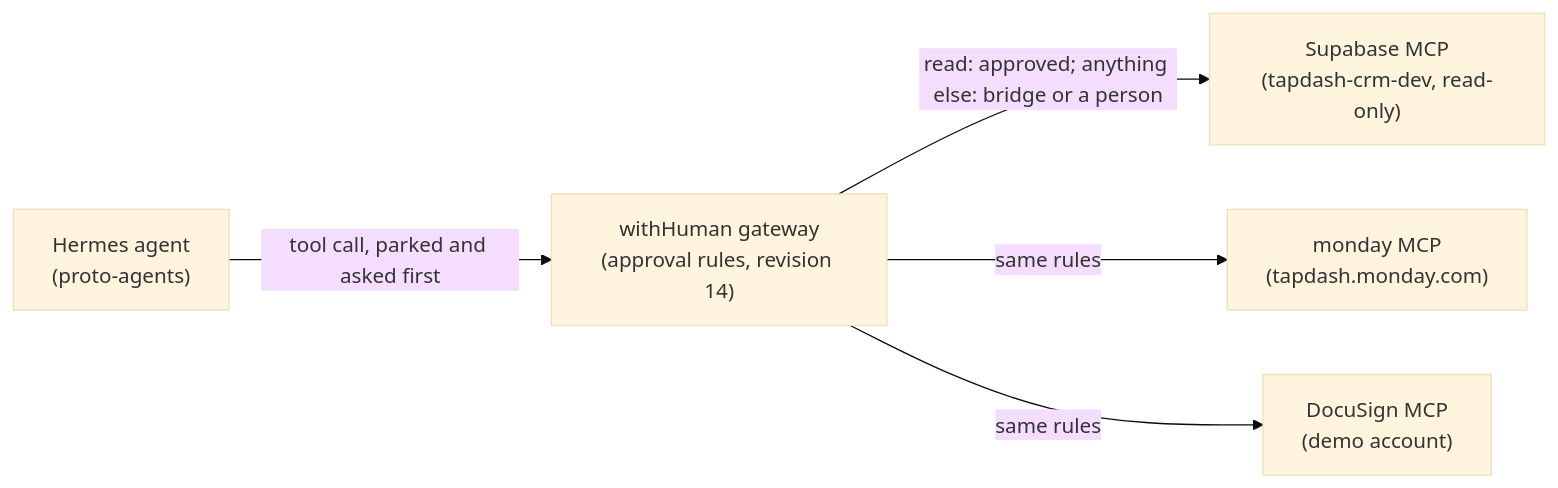
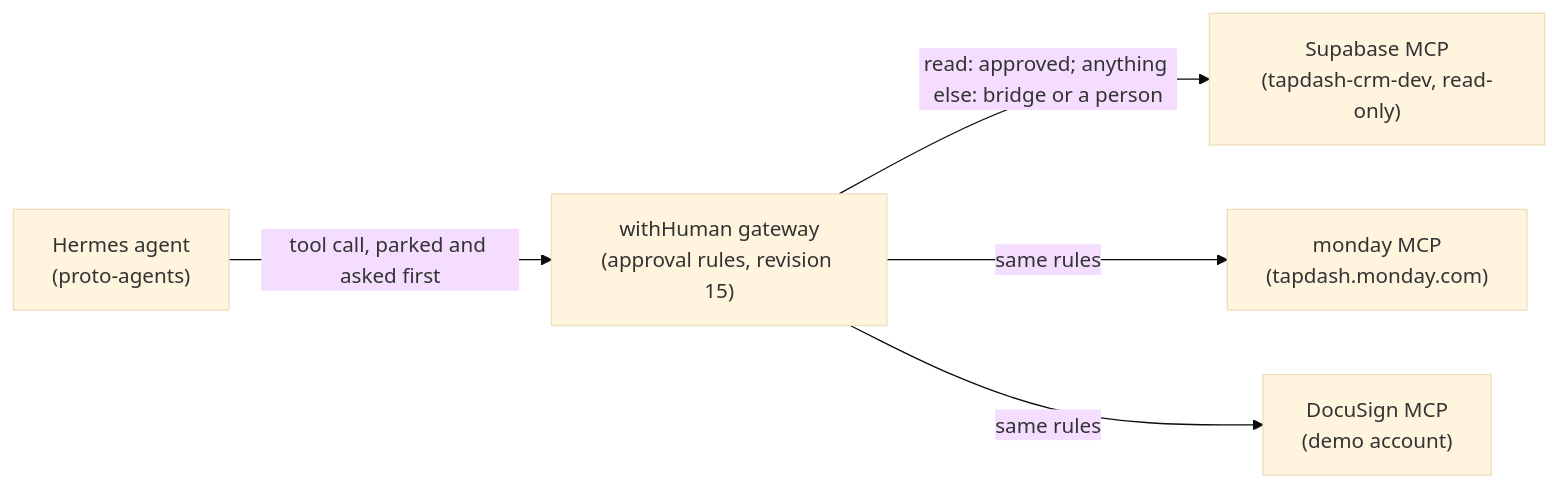
Before and after one commit to TapDashPayments/TapDash-Agents: the second of 2 diagrams in durable-park/docs/gateway-setup.md, drawn with Mermaid (base theme). The commit also changed other lines of this file and 9 other files, not shown here.

First line of the commit message:
docs: Maverick and the three remote servers are live; rules revision 15

````diff
--- a/durable-park/docs/gateway-setup.md
+++ b/durable-park/docs/gateway-setup.md
@@ -100,7 +100,7 @@
 ```mermaid
 flowchart LR
-  agent["Hermes agent<br/>(proto-agents)"] -->|"tool call, parked and asked first"| wh["withHuman gateway<br/>(approval rules, revision 14)"]
+  agent["Hermes agent<br/>(proto-agents)"] -->|"tool call, parked and asked first"| wh["withHuman gateway<br/>(approval rules, revision 15)"]
   wh -->|"read: approved; anything else: bridge or a person"| sb["Supabase MCP<br/>(tapdash-crm-dev, read-only)"]
   wh -->|"same rules"| mo["monday MCP<br/>(tapdash.monday.com)"]
   wh -->|"same rules"| ds["DocuSign MCP<br/>(demo account)"]
 ```
````
